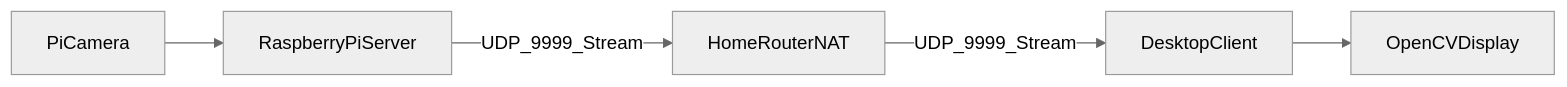
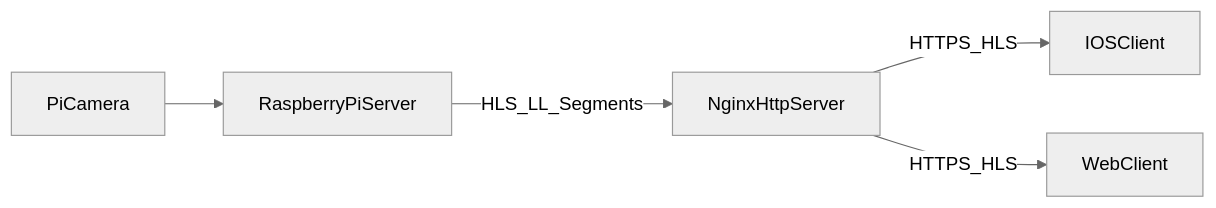
The first of 2 diagrams in docs/architecture/ARC42.md (Pentagram-Sofware/udp-video-receiver), drawn with Mermaid (neutral theme) before and after one commit. The commit also changed other lines of this file and 3 other files, not shown here.

Commit message:
Architectural decisions about the streaming servers and order of development

````diff
--- a/docs/architecture/ARC42.md
+++ b/docs/architecture/ARC42.md
@@ -40,13 +39,13 @@
 ```mermaid
 flowchart LR
     PiServer["RaspberryPiServer"]
     Camera["PiCamera"]
-    Client["DesktopClient"]
-    Router["HomeRouterNAT"]
-    Display["OpenCVDisplay"]
+    HttpServer["NginxHttpServer"]
+    IOS["IOSClient"]
+    Web["WebClient"]
 
     Camera --> PiServer
-    PiServer -->|"UDP_9999_Stream"| Router
-    Router -->|"UDP_9999_Stream"| Client
-    Client --> Display
+    PiServer -->|"HLS_LL_Segments"| HttpServer
+    HttpServer -->|"HTTPS_HLS"| IOS
+    HttpServer -->|"HTTPS_HLS"| Web
 ```
````
